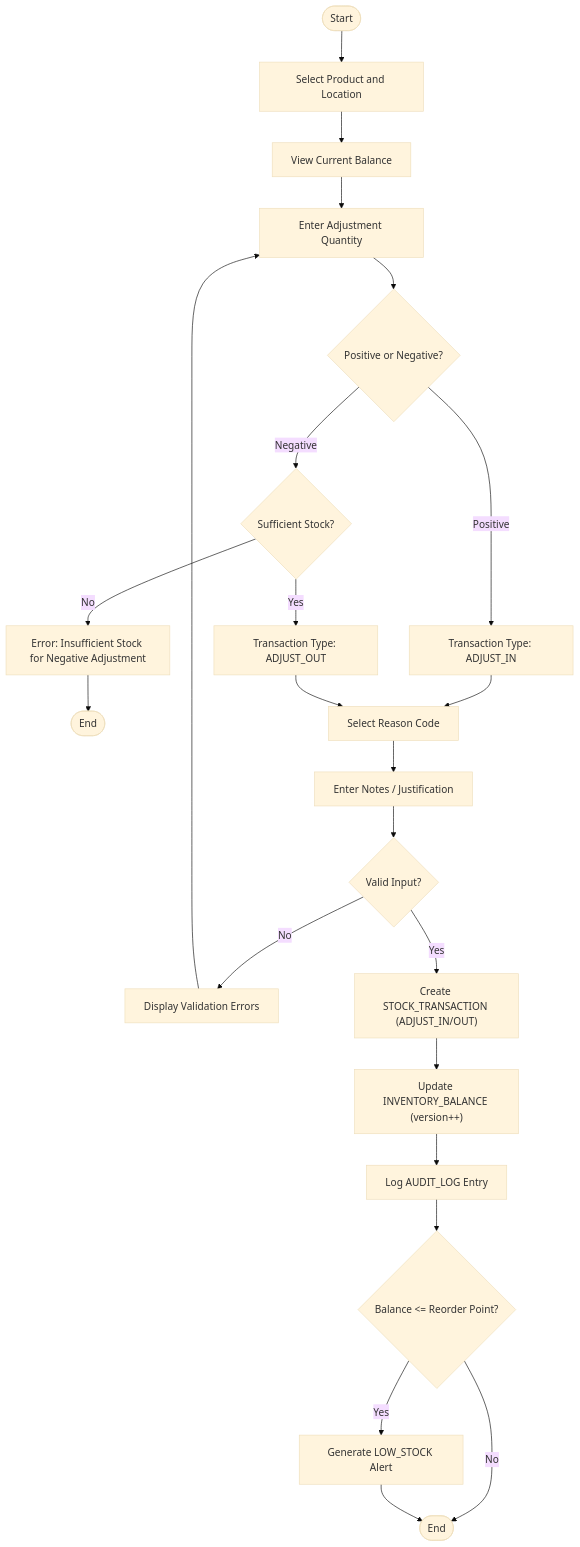
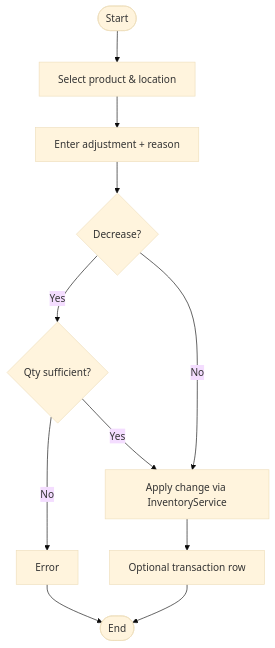
The second of 5 diagrams in docs/activity-diagrams.md (kirtika-0102/StockSmart), drawn with Mermaid (base theme) before and after one commit. The commit also changed other lines of this file and 74 other files, not shown here.

Commit message:
architecture of application

````diff
--- a/docs/activity-diagrams.md
+++ b/docs/activity-diagrams.md
@@ -53,27 +28,13 @@
 ```mermaid
 flowchart TD
-    Start([Start]) --> SelectProduct[Select Product and Location]
-    SelectProduct --> ViewBalance[View Current Balance]
-    ViewBalance --> EnterAdj[Enter Adjustment Quantity]
-    EnterAdj --> Direction{Positive or Negative?}
-    Direction -->|Positive| TypeIn["Transaction Type: ADJUST_IN"]
-    Direction -->|Negative| CheckStock{Sufficient Stock?}
-    CheckStock -->|No| ErrorStock[Error: Insufficient Stock for Negative Adjustment]
-    ErrorStock --> End1([End])
-    CheckStock -->|Yes| TypeOut["Transaction Type: ADJUST_OUT"]
-
-    TypeIn --> SelectReason
-    TypeOut --> SelectReason[Select Reason Code]
-
-    SelectReason --> EnterNotes[Enter Notes / Justification]
-    EnterNotes --> Validate{Valid Input?}
-    Validate -->|No| ErrorValid[Display Validation Errors]
-    ErrorValid --> EnterAdj
-    Validate -->|Yes| CreateTx["Create STOCK_TRANSACTION (ADJUST_IN/OUT)"]
-    CreateTx --> UpdateBal["Update INVENTORY_BALANCE (version++)"]
-    UpdateBal --> LogAudit["Log AUDIT_LOG Entry"]
-    LogAudit --> CheckReorder{Balance <= Reorder Point?}
-    CheckReorder -->|Yes| GenAlert[Generate LOW_STOCK Alert]
-    CheckReorder -->|No| End2([End])
-    GenAlert --> End2
+    Start([Start]) --> Sel[Select product & location]
+    Sel --> Enter[Enter adjustment + reason]
+    Enter --> Neg{Decrease?}
+    Neg -->|Yes| Enough{Qty sufficient?}
+    Enough -->|No| E1[Error]
+    E1 --> End([End])
+    Enough -->|Yes| Apply
+    Neg -->|No| Apply[Apply change via InventoryService]
+    Apply --> Hist[Optional transaction row]
+    Hist --> End
 ```
````
